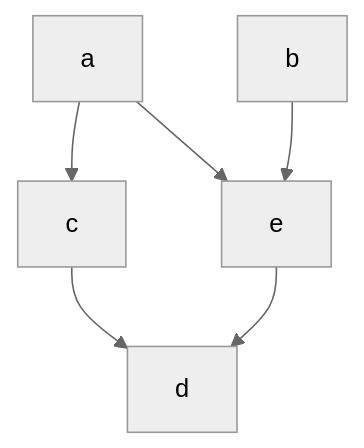
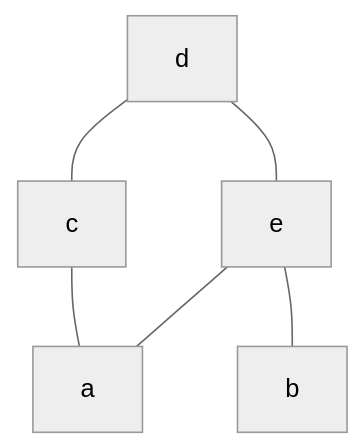
One commit to ErenKyojin/polimi-ing-info changed the diagram in Logica e algebra/Algebra/Esercitazioni.md. Above: the diagram before and after it, drawn with Mermaid (neutral theme). The commit also changed other lines of this file, not shown here.

````diff
--- a/Logica e algebra/Algebra/Esercitazioni.md
+++ b/Logica e algebra/Algebra/Esercitazioni.md
@@ -23,9 +29,9 @@
 ```mermaid
-graph TB
-	a --> c
-	b --> e
-	c --> d
+graph BT
+	a --- c
+	b --- e
+	c --- d
 	d 
-	e --> d
-	a --> e
+	e --- d
+	a --- e
 ```
````
